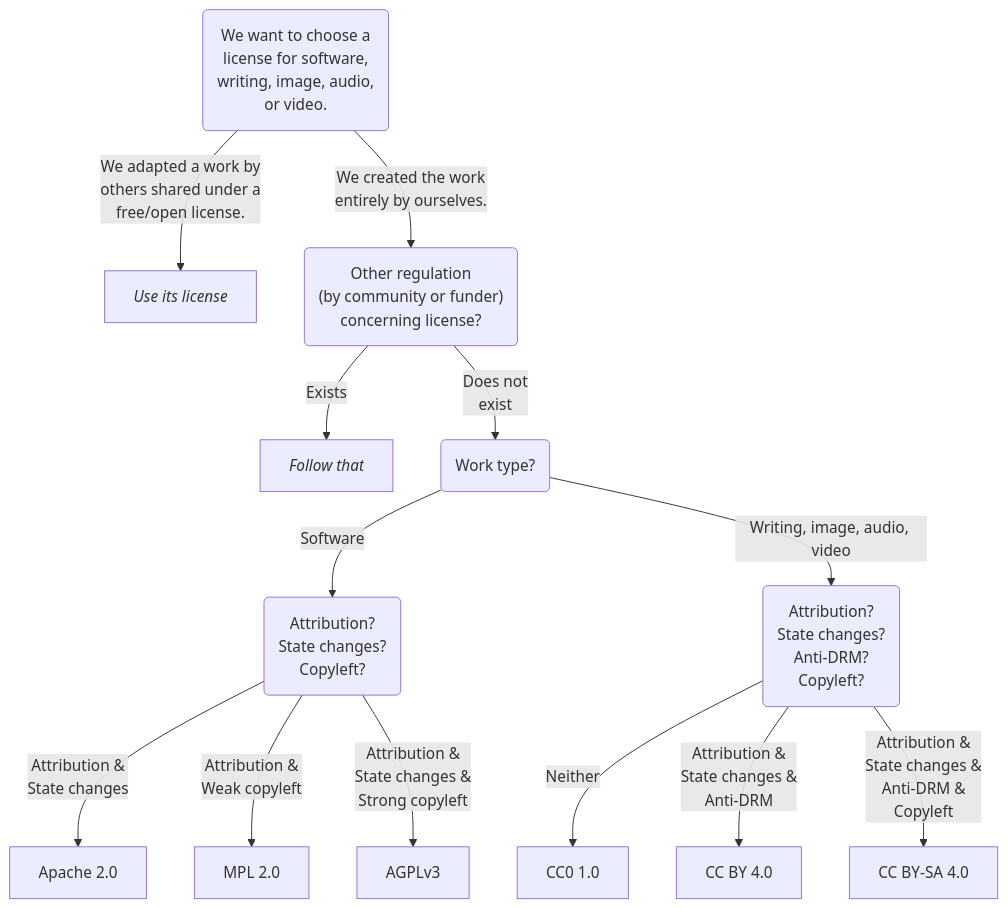
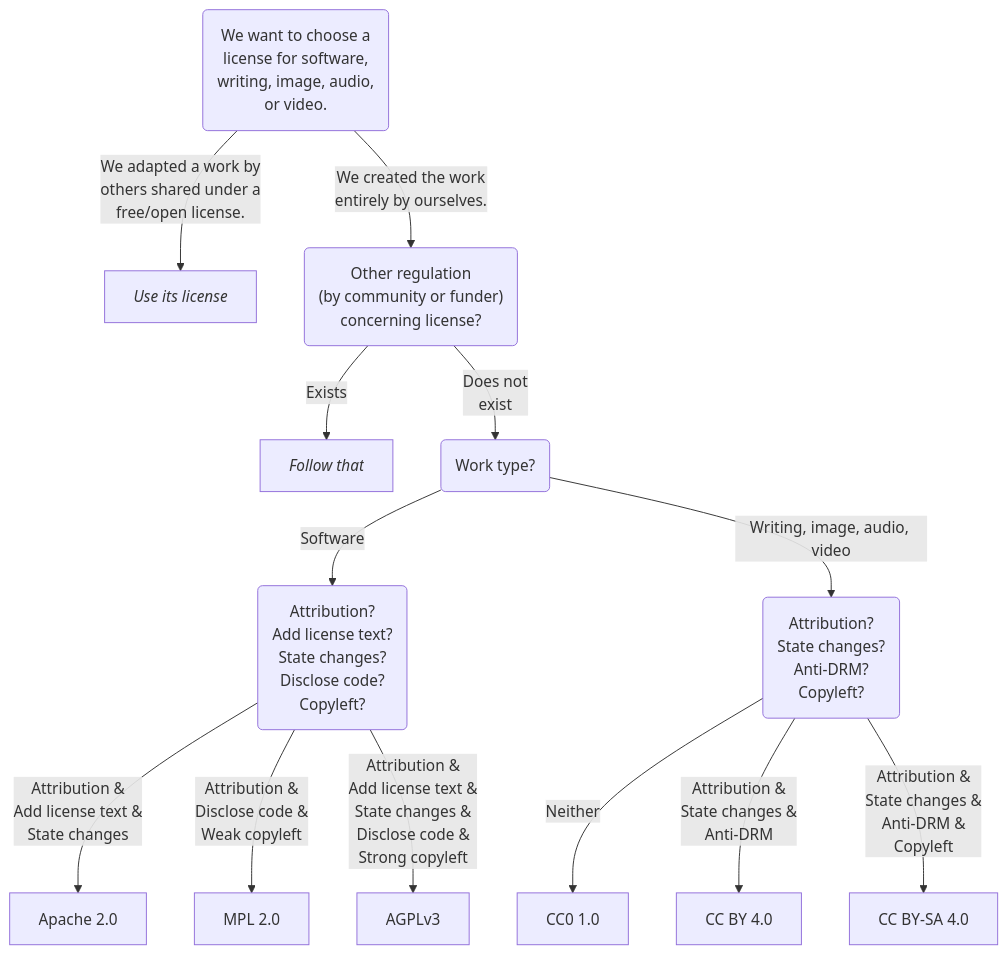
The second of 3 diagrams in choose_license.qmd (lmu-osc/code-publishing-short), drawn with Mermaid before and after one commit. The commit also changed other lines of this file, not shown here.

Commit message:
Mention full text and code disclosure requirements

````diff
--- a/choose_license.qmd
+++ b/choose_license.qmd
@@ -329,26 +331,26 @@
 ```{mermaid}
 flowchart TB
   start("We want to choose a<br>license for software,<br>writing, image, audio,<br>or video.") --"We adapted a work by<br>others shared under a<br>free/open license."--> use_existing_license["<em>Use its license</em>"]
   start --"We created the work<br>entirely by ourselves."--> regulation("Other regulation<br>(by community or funder)<br>concerning license?")
   
   regulation --"Exists"--> follow_existing_norms["<em>Follow that</em>"]
   regulation --"Does not<br>exist"--> type("Work type?")
   
-  type --"Software"--> code_sa("Attribution?<br>State changes?<br>Copyleft?")
+  type --"Software"--> code_sa("Attribution?<br>Add license text?<br>State changes?<br>Disclose code?<br>Copyleft?")
   type --"Writing, image, audio, video"--> nocode_cc("Attribution?<br>State changes?<br>Anti-DRM?<br>Copyleft?")
   
-  code_sa --"Attribution &<br>State changes"--> apache["Apache 2.0"]
-  code_sa --"Attribution &<br>Weak copyleft"--> mpl["MPL 2.0"]
-  code_sa --"Attribution &<br>State changes &<br>Strong copyleft"--> agpl["AGPLv3"]
+  code_sa --"Attribution &<br>Add license text &<br>State changes"--> apache["Apache 2.0"]
+  code_sa --"Attribution &<br>Disclose code &<br>Weak copyleft"--> mpl["MPL 2.0"]
+  code_sa --"Attribution &<br>Add license text &<br>State changes &<br>Disclose code &<br>Strong copyleft"--> agpl["AGPLv3"]
   
   nocode_cc --"Neither"--> cc0["CC0 1.0"]
   nocode_cc --"Attribution &<br>State changes &<br>Anti-DRM"--> cc_by["CC BY 4.0"]
   nocode_cc --"Attribution &<br>State changes &<br>Anti-DRM &<br>Copyleft"--> cc_by_sa["CC BY-SA 4.0"]
   
   click apache href "https://choosealicense.com/licenses/apache-2.0/"
   click mpl href "https://choosealicense.com/licenses/mpl-2.0/"
   click agpl href "https://choosealicense.com/licenses/agpl-3.0/"
   click cc0 href "https://creativecommons.org/publicdomain/zero/1.0/"
   click cc_by href "https://creativecommons.org/licenses/by/4.0/"
   click cc_by_sa href "https://creativecommons.org/licenses/by-sa/4.0/"
 ```
````
